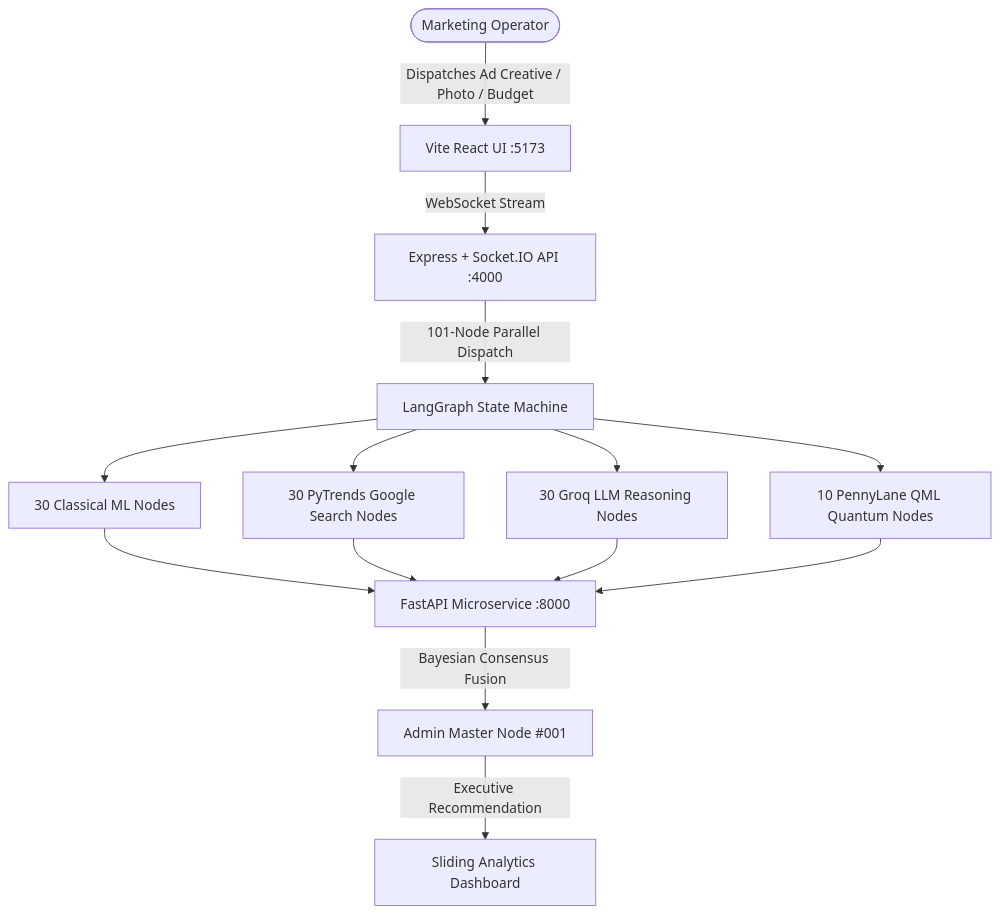
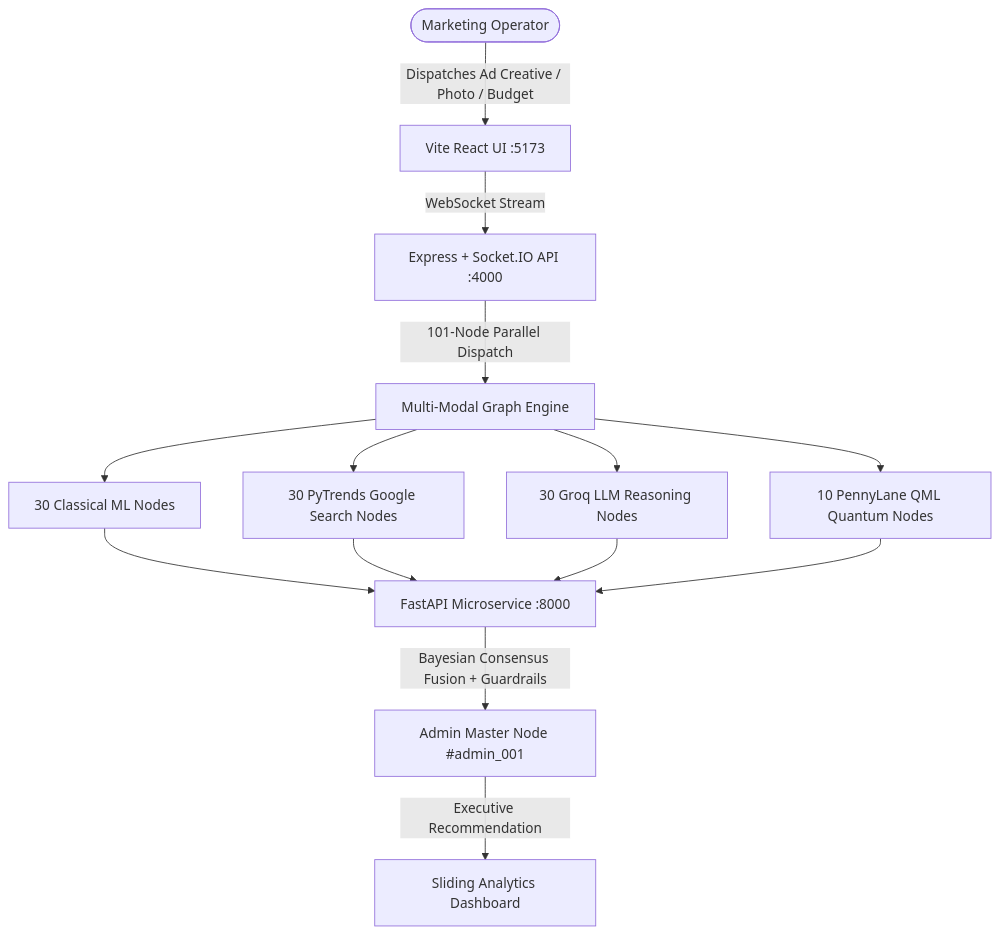
One commit to ARYANCY/Margent changed the diagram in README.md. Above: the diagram before and after it, drawn with Mermaid. The commit also changed other lines of this file and 60 other files, not shown here.

````diff
--- a/README.md
+++ b/README.md
@@ -10,19 +10,19 @@
 ```mermaid
 graph TD
     User([Marketing Operator]) -->|Dispatches Ad Creative / Photo / Budget| Web[Vite React UI :5173]
     Web -->|WebSocket Stream| API[Express + Socket.IO API :4000]
-    API -->|101-Node Parallel Dispatch| Graph[LangGraph State Machine]
+    API -->|101-Node Parallel Dispatch| Graph[Multi-Modal Graph Engine]
     
     Graph --> BranchML[30 Classical ML Nodes]
     Graph --> BranchTrends[30 PyTrends Google Search Nodes]
     Graph --> BranchGroq[30 Groq LLM Reasoning Nodes]
     Graph --> BranchQML[10 PennyLane QML Quantum Nodes]
     
     BranchML --> PyML[FastAPI Microservice :8000]
     BranchTrends --> PyML
     BranchGroq --> PyML
     BranchQML --> PyML
     
-    PyML -->|Bayesian Consensus Fusion| Admin[Admin Master Node #001]
+    PyML -->|Bayesian Consensus Fusion + Guardrails| Admin[Admin Master Node #admin_001]
     Admin -->|Executive Recommendation| Dashboard[Sliding Analytics Dashboard]
 ```
````
